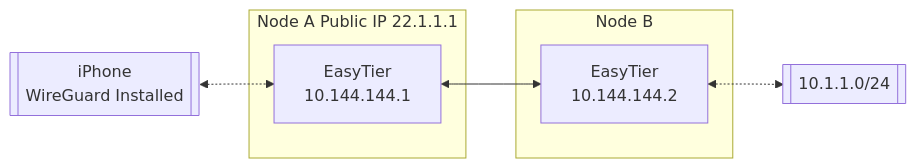
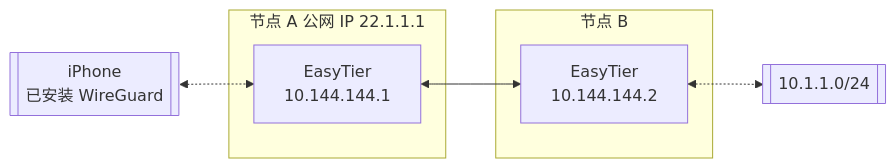
One commit to alniyata-firefly/easytier changed the second of 2 diagrams in README.md. Above: the diagram before and after it, drawn with Mermaid. The commit also changed other lines of this file and 3 other files, not shown here.

````diff
--- a/README.md
+++ b/README.md
@@ -264,17 +262,17 @@
 ```mermaid
 flowchart LR
 
-ios[[iPhone<br/>WireGuard Installed]]
+ios[[iPhone<br/>已安装 WireGuard]]
 
-subgraph Node A Public IP 22.1.1.1
+subgraph 节点 A 公网 IP 22.1.1.1
 nodea[EasyTier<br/>10.144.144.1]
 end
 
-subgraph Node B
+subgraph 节点 B
 nodeb[EasyTier<br/>10.144.144.2]
 end
 
 id1[[10.1.1.0/24]]
 
 ios <-.-> nodea <--> nodeb <-.-> id1
 ```
````
